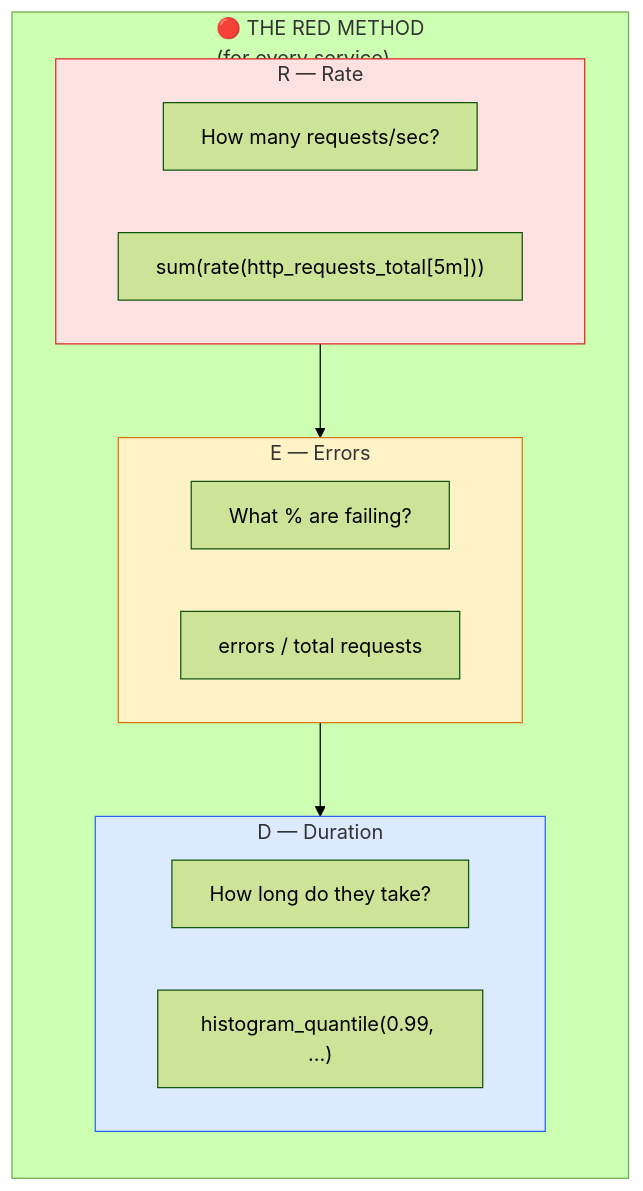
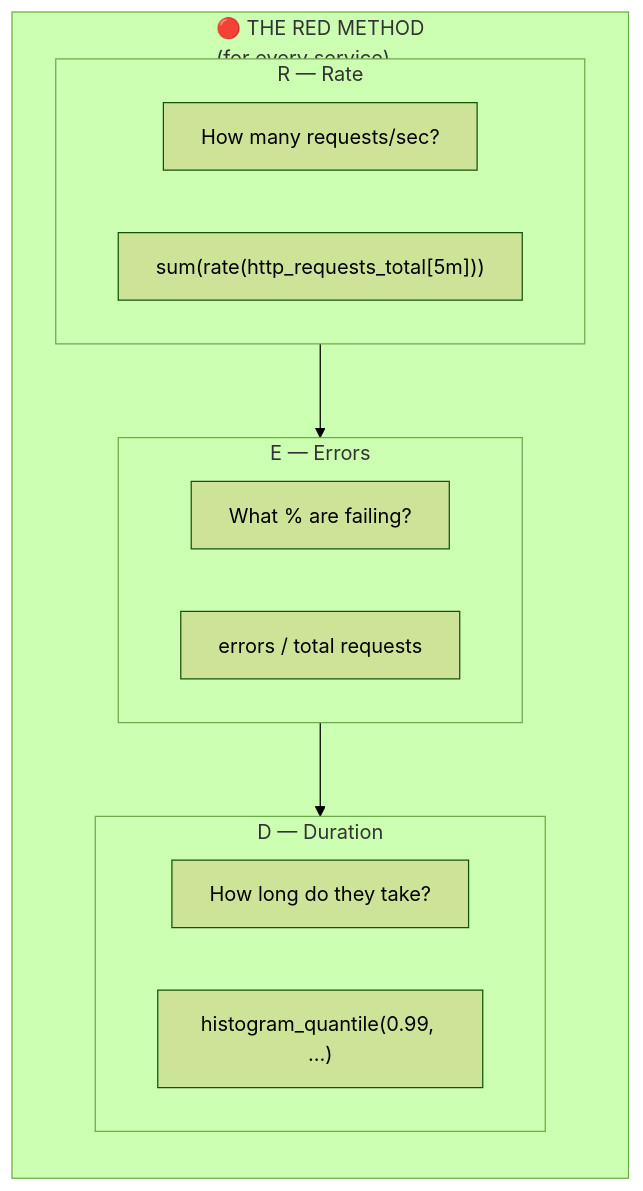
Before and after one commit to shivam-g-mishra/blog: the third of 4 diagrams in docs/observability/metrics.md, drawn with Mermaid (forest theme). The commit also changed other lines of this file and 23 other files, not shown here.

First line of the commit message:
fix: improve Mermaid diagram visibility in dark mode

````diff
--- a/docs/observability/metrics.md
+++ b/docs/observability/metrics.md
@@ -441,27 +431,23 @@
 ```mermaid
 flowchart LR
     subgraph red["🔴 THE RED METHOD<br/>(for every service)"]
         direction TB
         
         subgraph r["R — Rate"]
             r1["How many requests/sec?"]
             r2["sum(rate(http_requests_total[5m]))"]
         end
         
         subgraph e["E — Errors"]
             e1["What % are failing?"]
             e2["errors / total requests"]
         end
         
         subgraph d["D — Duration"]
             d1["How long do they take?"]
             d2["histogram_quantile(0.99, ...)"]
         end
     end
     
     r --> e --> d
-    
-    style r fill:#fee2e2,stroke:#dc2626
-    style e fill:#fef3c7,stroke:#d97706
-    style d fill:#dbeafe,stroke:#2563eb
 ```
````
